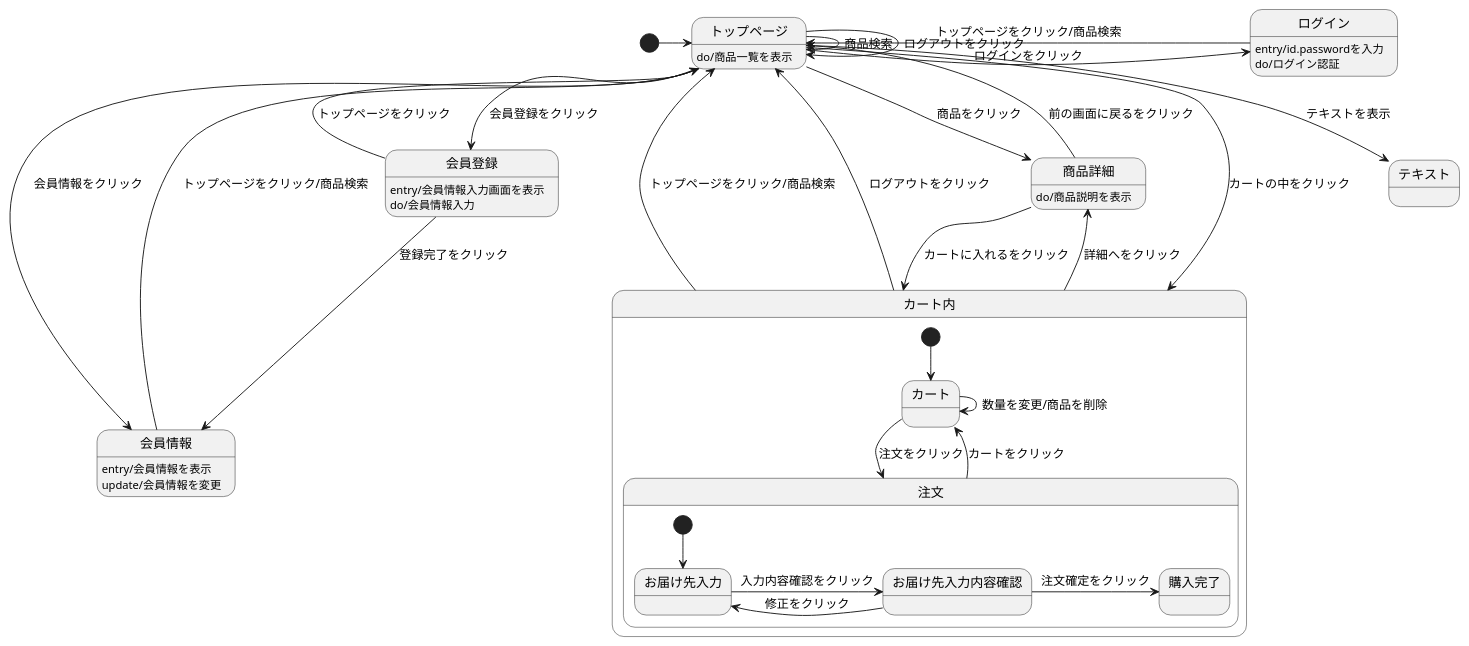
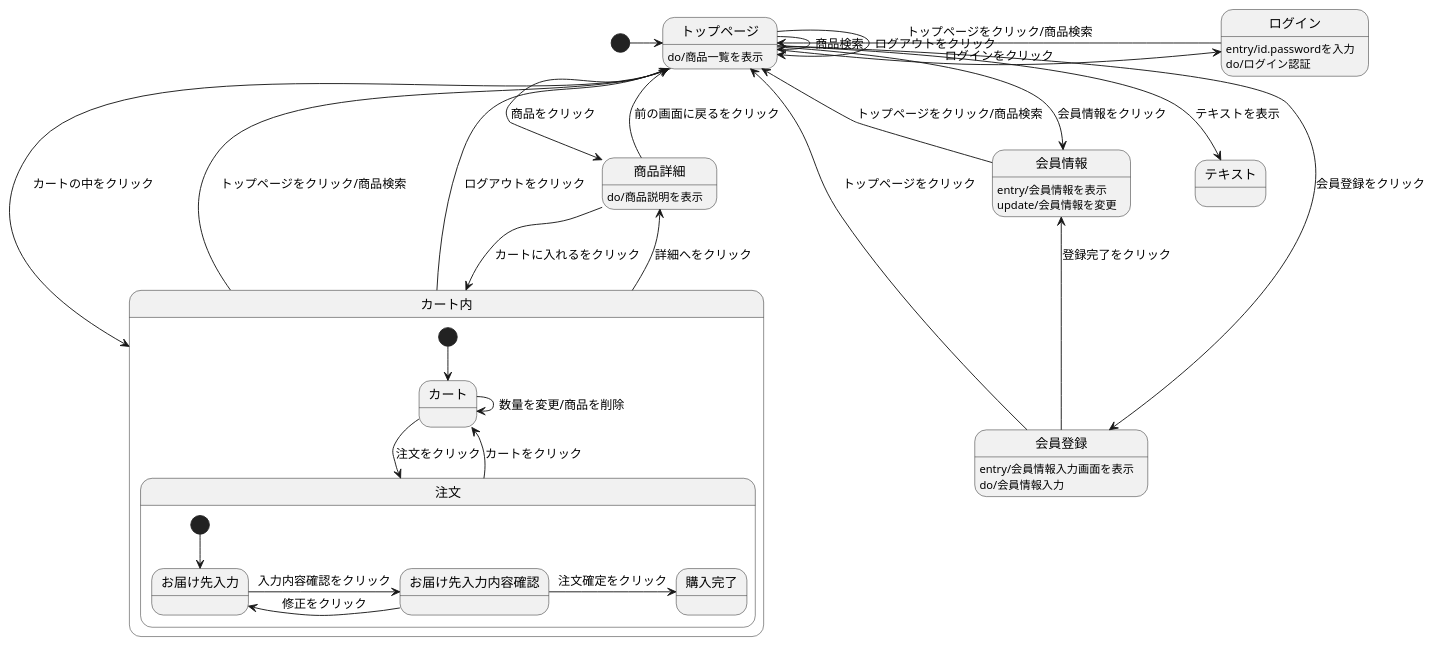
The diagram in 03_画面遷移図/画面遷移図.md (Aso2001007/System4), drawn with PlantUML before and after one commit.

````diff
--- a/03_画面遷移図/画面遷移図.md
+++ b/03_画面遷移図/画面遷移図.md
@@ -1,54 +1,54 @@
 ```uml
 
 @startuml
 [*] -> トップページ 
 
 会員登録 --> トップページ : トップページをクリック
-会員登録 --> 会員情報 :登録完了をクリック
+会員登録 -up-> 会員情報 :登録完了をクリック
 会員登録 :entry/会員情報入力画面を表示
 会員登録 :do/会員情報入力
 
 会員情報 -left-> トップページ : トップページをクリック/商品検索 
 会員情報 : entry/会員情報を表示
 会員情報 : update/会員情報を変更
 
 ログイン -right-> トップページ : トップページをクリック/商品検索 
 ログイン : entry/id.passwordを入力 
 ログイン : do/ログイン認証 
 
 トップページ --> 会員登録 : 会員登録をクリック
 トップページ --> 会員情報 : 会員情報をクリック
 トップページ --> トップページ : ログアウトをクリック 
 トップページ -> トップページ : 商品検索 
 トップページ -> 商品詳細 : 商品をクリック 
 トップページ -right-> ログイン : ログインをクリック 
 トップページ --> カート内 : カートの中をクリック 
 トップページ --> テキスト : テキストを表示
 トップページ : do/商品一覧を表示 
 
 商品詳細 --> カート内 : カートに入れるをクリック 
 商品詳細 --> トップページ : 前の画面に戻るをクリック 
 商品詳細 : do/商品説明を表示
 
  
 
 カート内 -up-> トップページ : トップページをクリック/商品検索 
 カート内 -up-> トップページ : ログアウトをクリック 
 カート内 -> 商品詳細 : 詳細へをクリック 
 
 state カート内 { 
   [*] --> カート 
   カート -> 注文 : 注文をクリック 
   カート -> カート : 数量を変更/商品を削除 
   注文 --> カート : カートをクリック 
 
   state 注文 { 
     [*] --> お届け先入力 
     お届け先入力 -> お届け先入力内容確認 : 入力内容確認をクリック 
     お届け先入力内容確認 -> お届け先入力 : 修正をクリック 
     お届け先入力内容確認 -> 購入完了 : 注文確定をクリック 
   } 
 }
 @enduml
 
 ```
````
